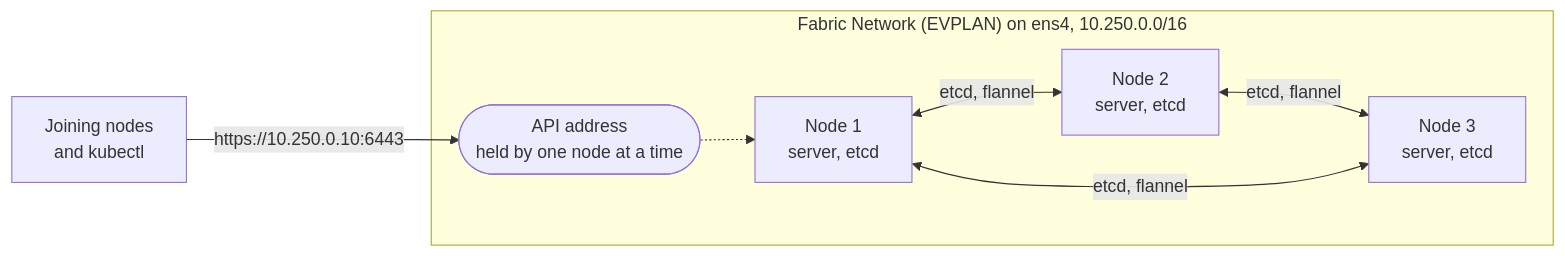
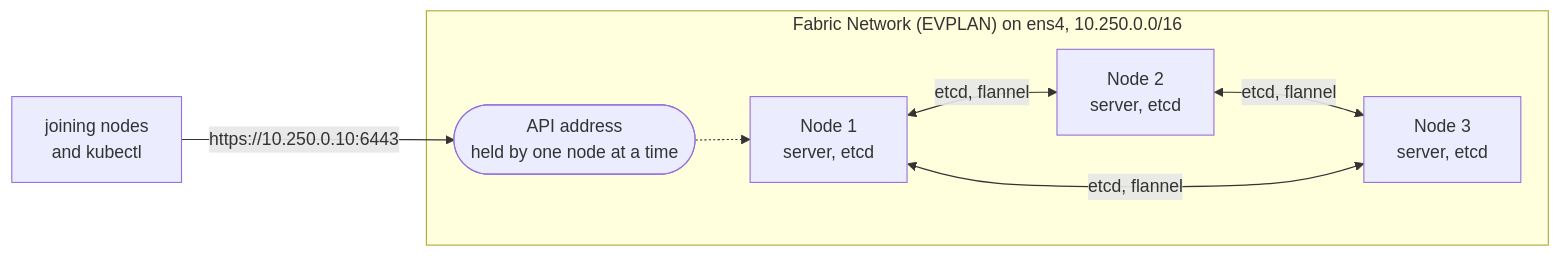
Before and after one commit to equinix-svc/svc-helm-daihub: the fourth of 6 diagrams in README.md, drawn with Mermaid. The commit also changed other lines of this file and 1 other file, not shown here.

````diff
--- a/README.md
+++ b/README.md
@@ -80,14 +216,14 @@
 ```mermaid
 flowchart LR
-  C["Joining nodes<br/>and kubectl"] -- "https://10.250.0.10:6443" --> V
+  C["joining nodes<br/>and kubectl"] -- "https://10.250.0.10:6443" --> V
   subgraph NET["Fabric Network (EVPLAN) on ens4, 10.250.0.0/16"]
     V(["API address<br/>held by one node at a time"])
     N1["Node 1<br/>server, etcd"]
     N2["Node 2<br/>server, etcd"]
     N3["Node 3<br/>server, etcd"]
     V -.-> N1
   end
   N1 <-- "etcd, flannel" --> N2
   N2 <-- "etcd, flannel" --> N3
   N1 <-- "etcd, flannel" --> N3
 ```
````
